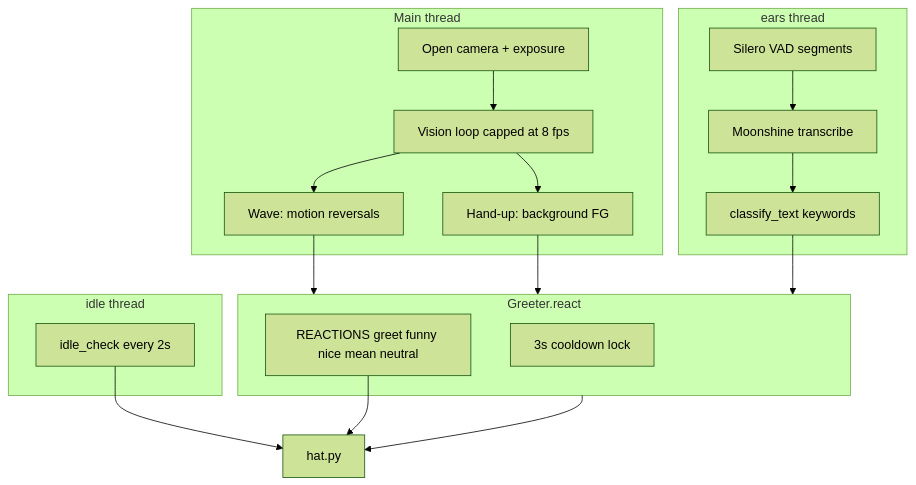
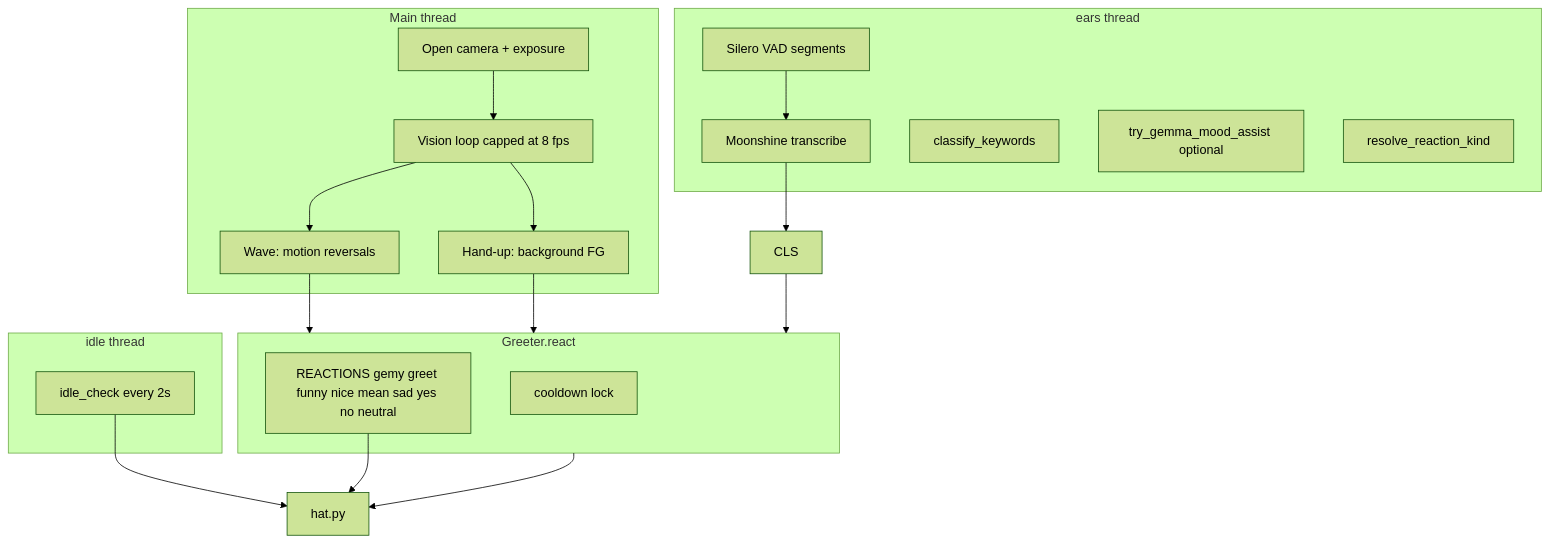
One commit to DeveloperMattC/gemy changed the second of 3 diagrams in docs/lab/03-ARCHITECTURE.md. Above: the diagram before and after it, drawn with Mermaid (forest theme). The commit also changed other lines of this file and 69 other files, not shown here.

````diff
--- a/docs/lab/03-ARCHITECTURE.md
+++ b/docs/lab/03-ARCHITECTURE.md
@@ -38,34 +38,36 @@
 ```mermaid
 flowchart TB
   subgraph MainThread["Main thread"]
     CAM[Open camera + exposure]
     VIS[Vision loop capped at 8 fps]
     WAVE[Wave: motion reversals]
     HAND[Hand-up: background FG]
   end
 
   subgraph EarsThread["ears thread"]
     VAD[Silero VAD segments]
     STT[Moonshine transcribe]
-    CLS[classify_text keywords]
+    KW[classify_keywords]
+    GEM[try_gemma_mood_assist optional]
+    RES[resolve_reaction_kind]
   end
 
   subgraph IdleThread["idle thread"]
     IDLE[idle_check every 2s]
   end
 
   subgraph Dispatcher["Greeter.react"]
-    COOL[3s cooldown lock]
-    RX[REACTIONS greet funny nice mean neutral]
+    COOL[cooldown lock]
+    RX[REACTIONS gemy greet funny nice mean sad yes no neutral]
   end
 
   CAM --> VIS
   VIS --> WAVE
   VIS --> HAND
   WAVE --> Dispatcher
   HAND --> Dispatcher
   VAD --> STT --> CLS --> Dispatcher
   Dispatcher --> HAT[hat.py]
   IDLE --> HAT
   RX --> HAT
 ```
````
